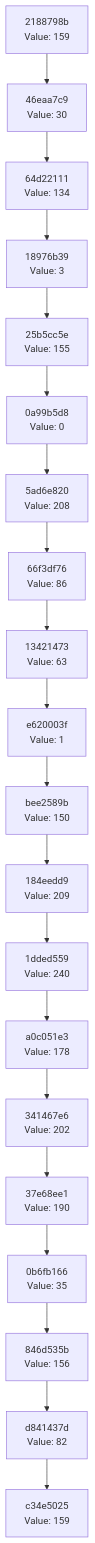
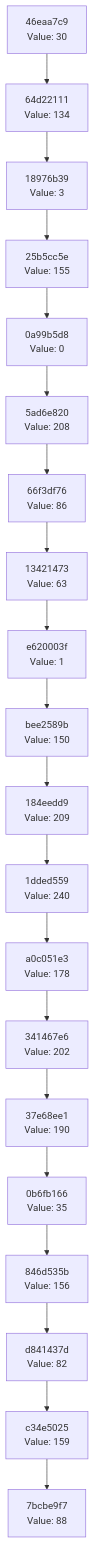
The diagram in docs/CHAIN_VISUALIZATION.md (Abhisheksinha1506/hash-chain-evolver), drawn with Mermaid before and after one commit. The commit also changed 3 other files, not shown here.

````diff
--- a/docs/CHAIN_VISUALIZATION.md
+++ b/docs/CHAIN_VISUALIZATION.md
@@ -3,42 +3,42 @@
 ```mermaid
 graph TD
-    C0["c34e5025<br/>Value: 159"]
-    C1["d841437d<br/>Value: 82"]
+    C0["7bcbe9f7<br/>Value: 88"]
+    C1["c34e5025<br/>Value: 159"]
     C1 --> C0
-    C2["846d535b<br/>Value: 156"]
+    C2["d841437d<br/>Value: 82"]
     C2 --> C1
-    C3["0b6fb166<br/>Value: 35"]
+    C3["846d535b<br/>Value: 156"]
     C3 --> C2
-    C4["37e68ee1<br/>Value: 190"]
+    C4["0b6fb166<br/>Value: 35"]
     C4 --> C3
-    C5["341467e6<br/>Value: 202"]
+    C5["37e68ee1<br/>Value: 190"]
     C5 --> C4
-    C6["a0c051e3<br/>Value: 178"]
+    C6["341467e6<br/>Value: 202"]
     C6 --> C5
-    C7["1dded559<br/>Value: 240"]
+    C7["a0c051e3<br/>Value: 178"]
     C7 --> C6
-    C8["184eedd9<br/>Value: 209"]
+    C8["1dded559<br/>Value: 240"]
     C8 --> C7
-    C9["bee2589b<br/>Value: 150"]
+    C9["184eedd9<br/>Value: 209"]
     C9 --> C8
-    C10["e620003f<br/>Value: 1"]
+    C10["bee2589b<br/>Value: 150"]
     C10 --> C9
-    C11["13421473<br/>Value: 63"]
+    C11["e620003f<br/>Value: 1"]
     C11 --> C10
-    C12["66f3df76<br/>Value: 86"]
+    C12["13421473<br/>Value: 63"]
     C12 --> C11
-    C13["5ad6e820<br/>Value: 208"]
+    C13["66f3df76<br/>Value: 86"]
     C13 --> C12
-    C14["0a99b5d8<br/>Value: 0"]
+    C14["5ad6e820<br/>Value: 208"]
     C14 --> C13
-    C15["25b5cc5e<br/>Value: 155"]
+    C15["0a99b5d8<br/>Value: 0"]
     C15 --> C14
-    C16["18976b39<br/>Value: 3"]
+    C16["25b5cc5e<br/>Value: 155"]
     C16 --> C15
-    C17["64d22111<br/>Value: 134"]
+    C17["18976b39<br/>Value: 3"]
     C17 --> C16
-    C18["46eaa7c9<br/>Value: 30"]
+    C18["64d22111<br/>Value: 134"]
     C18 --> C17
-    C19["2188798b<br/>Value: 159"]
+    C19["46eaa7c9<br/>Value: 30"]
     C19 --> C18
 ```
````
